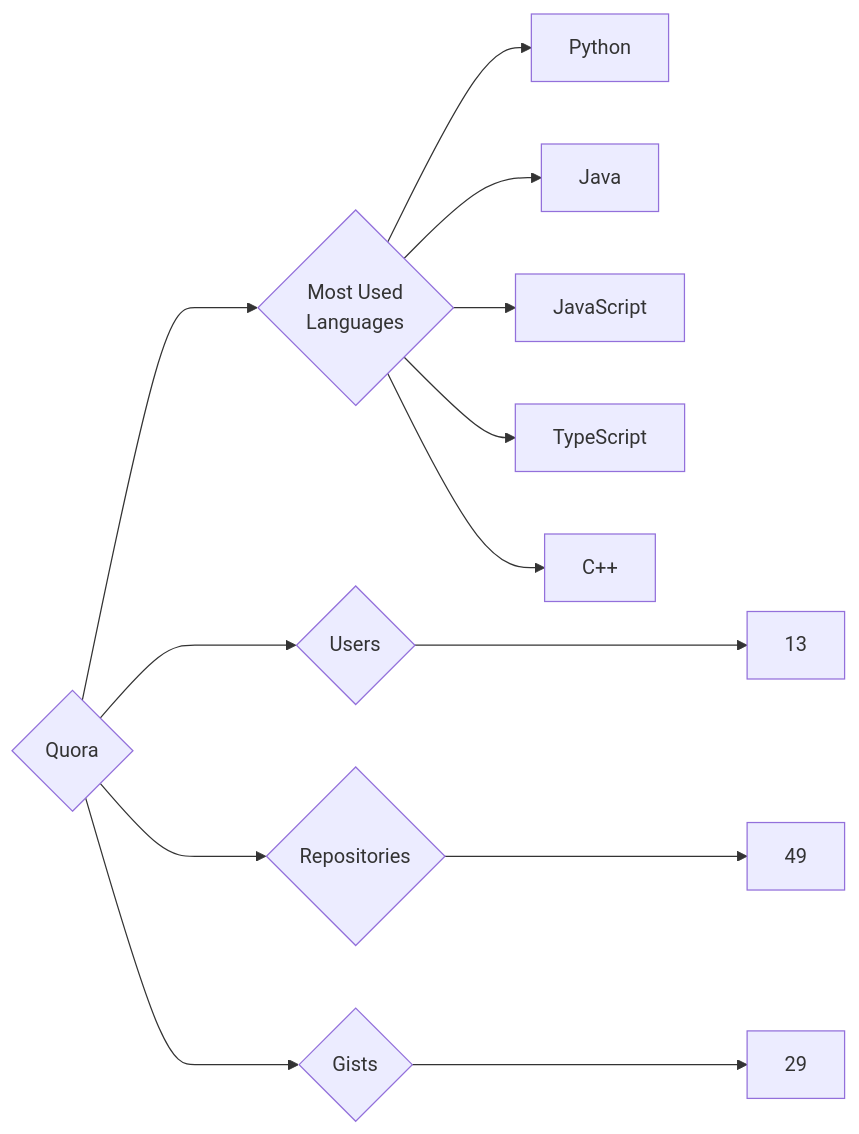
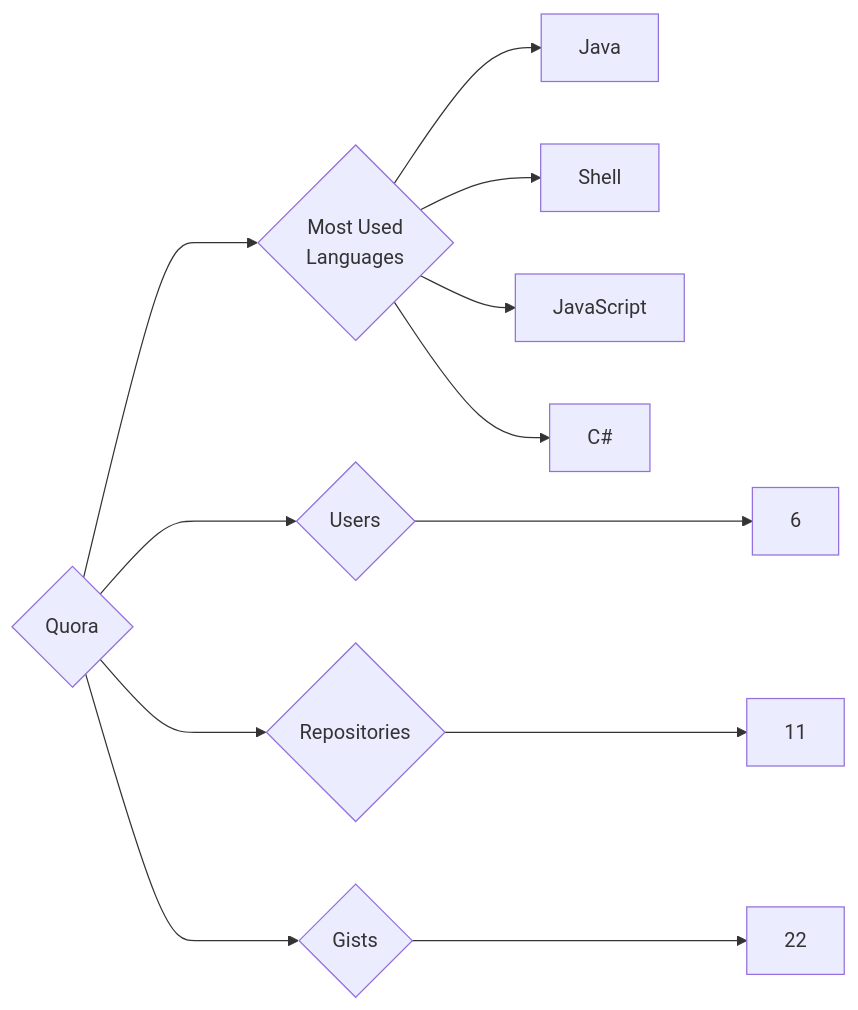
The diagram in targets/Quora/README.md (trickest/insiders), drawn with Mermaid before and after one commit. The commit also changed 970 other files, not shown here.

````diff
--- a/targets/Quora/README.md
+++ b/targets/Quora/README.md
@@ -3,13 +3,12 @@
 ```mermaid
 graph LR
 COMPANY_NAME{Quora}
-COMPANY_NAME ---> U{Users} ---> UN[13]
-COMPANY_NAME ---> R{Repositories} ---> RN[49]
-COMPANY_NAME ---> G{Gists} ---> GN[29]
+COMPANY_NAME ---> U{Users} ---> UN[6]
+COMPANY_NAME ---> R{Repositories} ---> RN[11]
+COMPANY_NAME ---> G{Gists} ---> GN[22]
 COMPANY_NAME ---> ML{Most Used<br>Languages}
-ML --> Python[Python]
 ML --> Java[Java]
+ML --> Shell[Shell]
 ML --> JavaScript[JavaScript]
-ML --> TypeScript[TypeScript]
-ML --> C++[C++]
+ML --> C#[C#]
 ```
````
